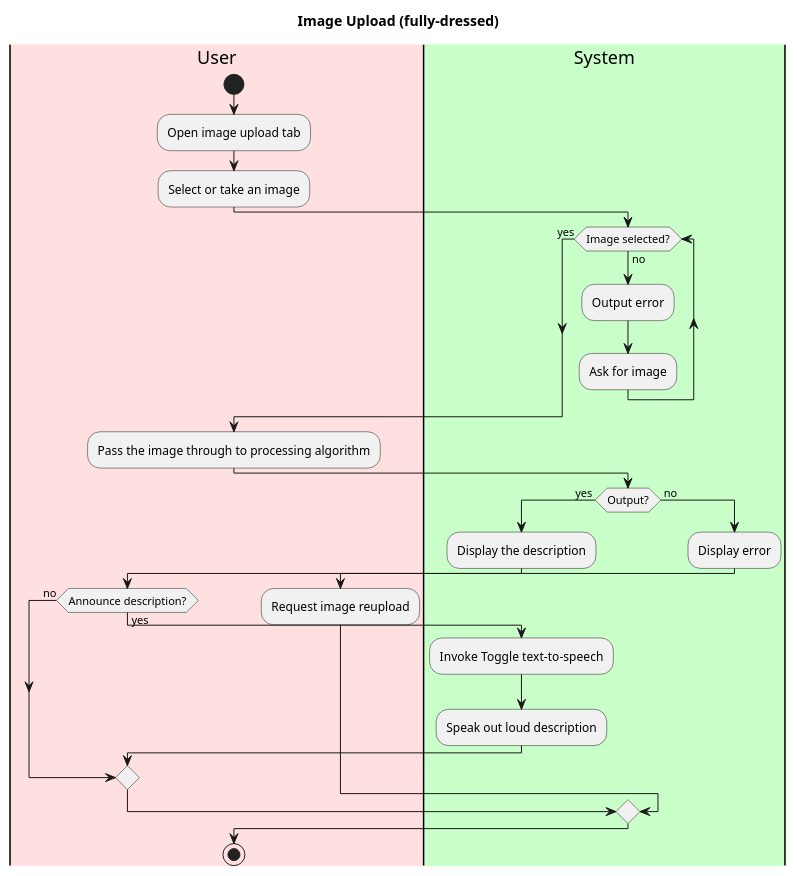
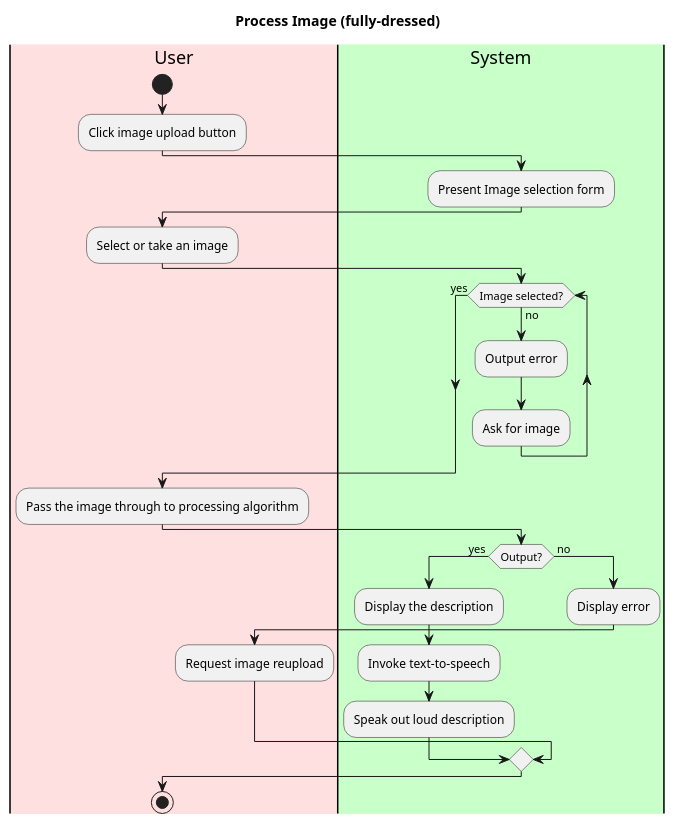
Before and after one commit to tonyh1306/OBRE-Vision-through-a-screen: the first of 2 diagrams in intellij/doc/use-cases/process-image.md, drawn with PlantUML. The commit also changed 3 other files, not shown here.

Commit message:
still updating class diagram and readme

````diff
--- a/intellij/doc/use-cases/process-image.md
+++ b/intellij/doc/use-cases/process-image.md
@@ -30,43 +30,41 @@
 ```plantuml
 @startuml
 
-title Image Upload (fully-dressed)
+title Process Image (fully-dressed)
 
 'define the lanes
 |#implementation|User|
 |#technology|System|
 
 |User|
 start
-:Open image upload tab;
+:Click image upload button;
+|System|
+:Present Image selection form;
+
+|User|
 :Select or take an image;
 
 |System|
 while (Image selected?) is (no) 
   :Output error;
   :Ask for image;  
 endwhile(yes)
 
 |User|
 :Pass the image through to processing algorithm;
 
 |System|
 if (Output?) is ( yes ) then
     :Display the description;
-    
-    |User|
-    if (Announce description?) is (yes) then
-    |System|
-    :Invoke Toggle text-to-speech;
+    :Invoke text-to-speech;
     :Speak out loud description;
-    else (no)
-    endif
 else ( no )
 |System|
 :Display error;
 |User|
 :Request image reupload;
 endif
 stop
 @enduml
 ```
````
